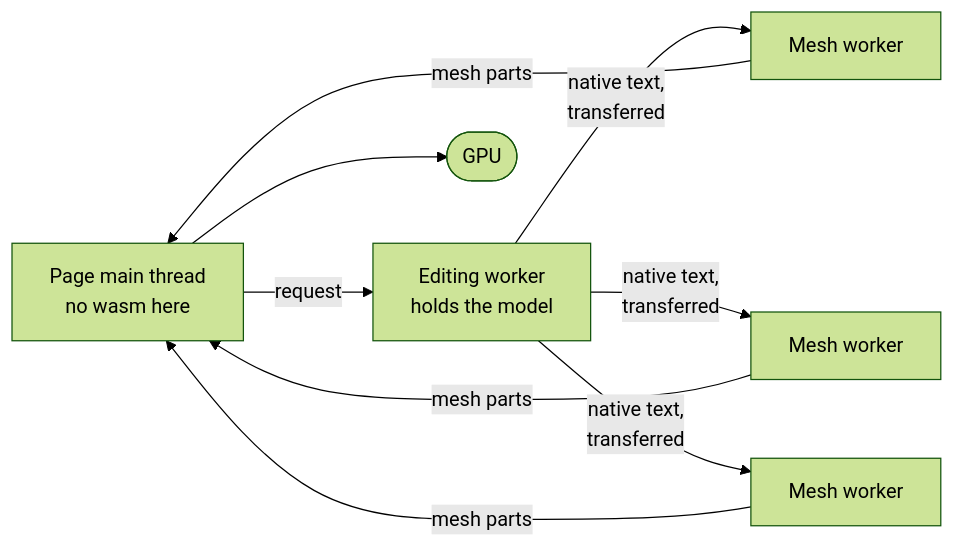
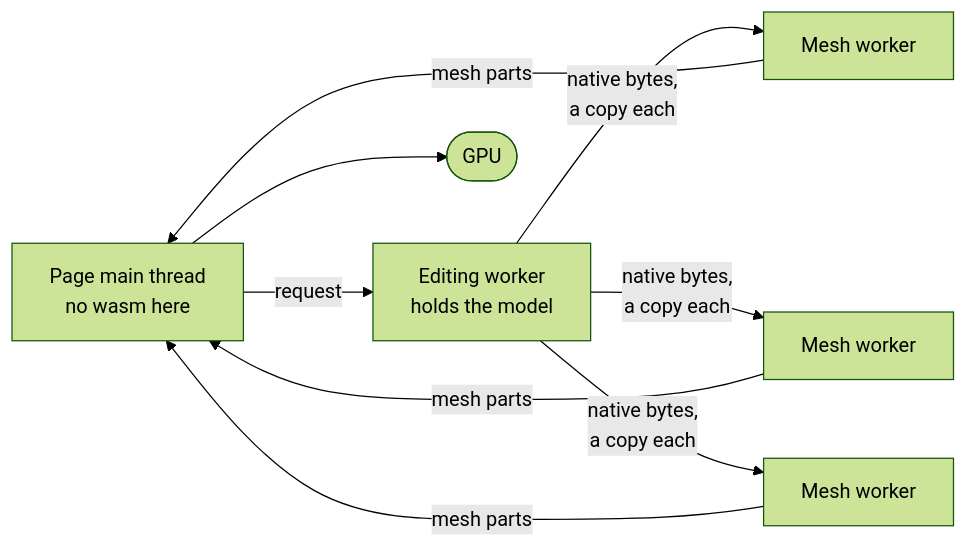
The diagram in docs/architecture/browser.md (Dzoay/occam), drawn with Mermaid (forest theme) before and after one commit. The commit also changed other lines of this file and 5 other files, not shown here.

First line of the commit message:
docs: pass the native format as bytes, and time parsing apart from checking

````diff
--- a/docs/architecture/browser.md
+++ b/docs/architecture/browser.md
@@ -8,7 +8,7 @@
 ```mermaid
 flowchart LR
   page["Page main thread<br/>no wasm here"] -->|"request"| ed["Editing worker<br/>holds the model"]
-  ed -->|"native text,<br/>transferred"| m1["Mesh worker"] & m2["Mesh worker"] & m3["Mesh worker"]
+  ed -->|"native bytes,<br/>a copy each"| m1["Mesh worker"] & m2["Mesh worker"] & m3["Mesh worker"]
   m1 & m2 & m3 -->|"mesh parts"| page
   page --> gpu(["GPU"])
 ```
````
